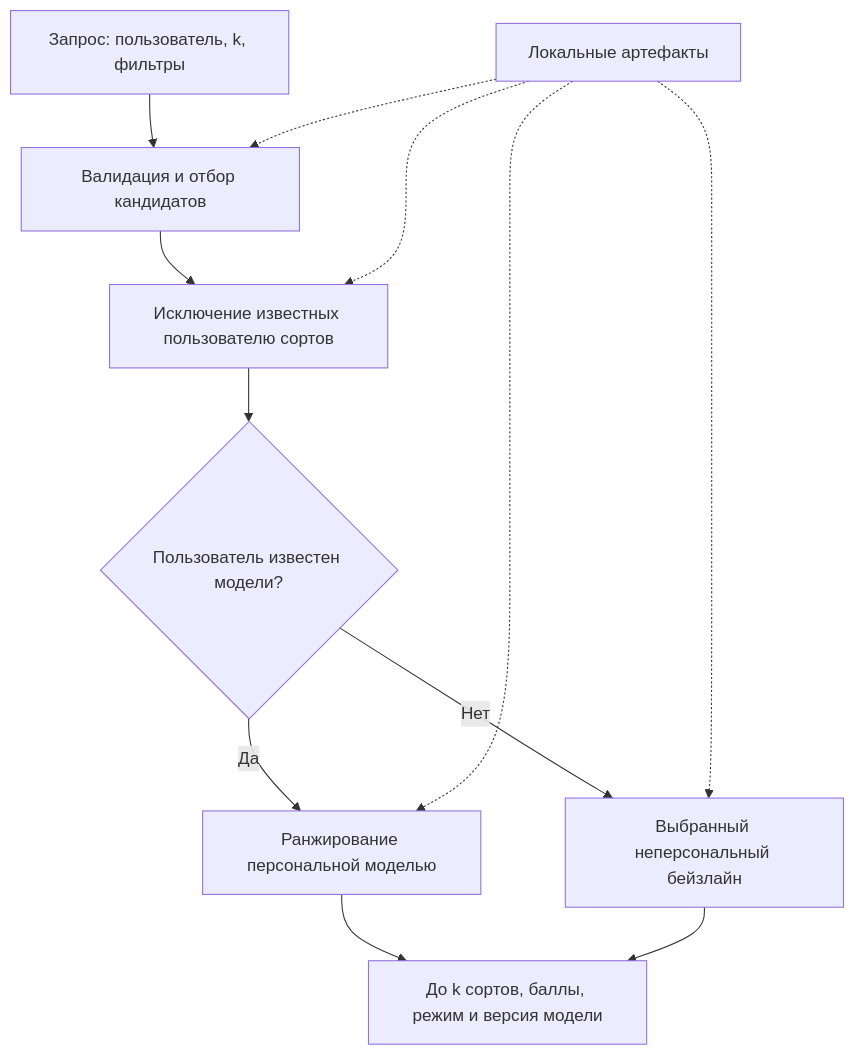
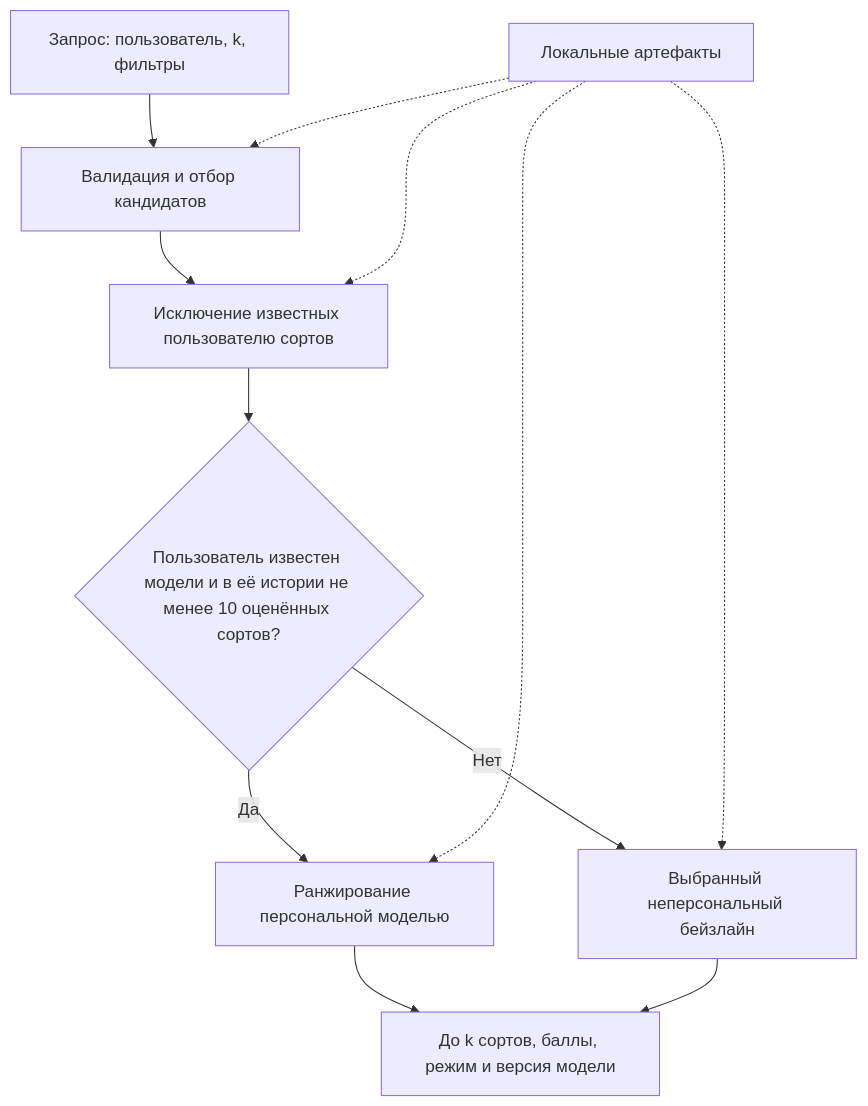
The second of 2 diagrams in docs/ml_system_design_doc.md (twixl0ver/beer4rec), drawn with Mermaid before and after one commit. The commit also changed other lines of this file, not shown here.

````diff
--- a/docs/ml_system_design_doc.md
+++ b/docs/ml_system_design_doc.md
@@ -165,14 +167,14 @@
 ```mermaid
 flowchart TD
     A[Запрос: пользователь, k, фильтры] --> B[Валидация и отбор кандидатов]
     B --> C[Исключение известных пользователю сортов]
-    C --> D{Пользователь известен модели?}
+    C --> D{Пользователь известен модели и в её истории не менее 10 оценённых сортов?}
     D -->|Да| E[Ранжирование персональной моделью]
     D -->|Нет| F[Выбранный неперсональный бейзлайн]
     E --> G[До k сортов, баллы, режим и версия модели]
     F --> G
     H[Локальные артефакты] -.-> B
     H -.-> C
     H -.-> E
     H -.-> F
 ```
````
